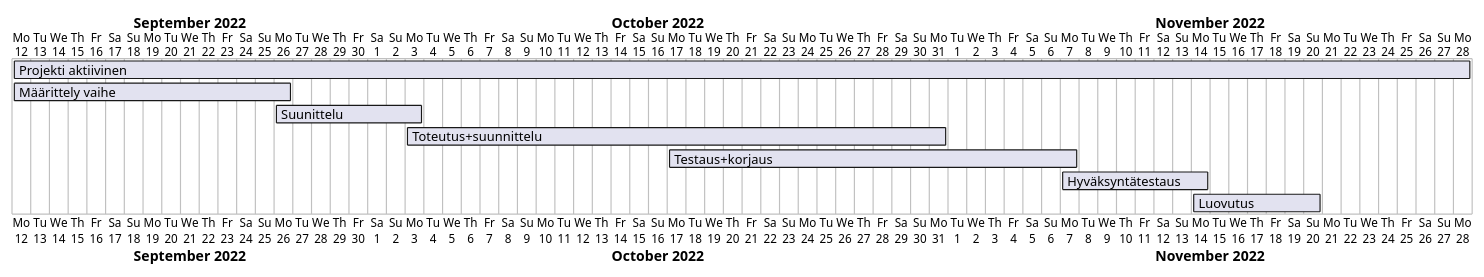
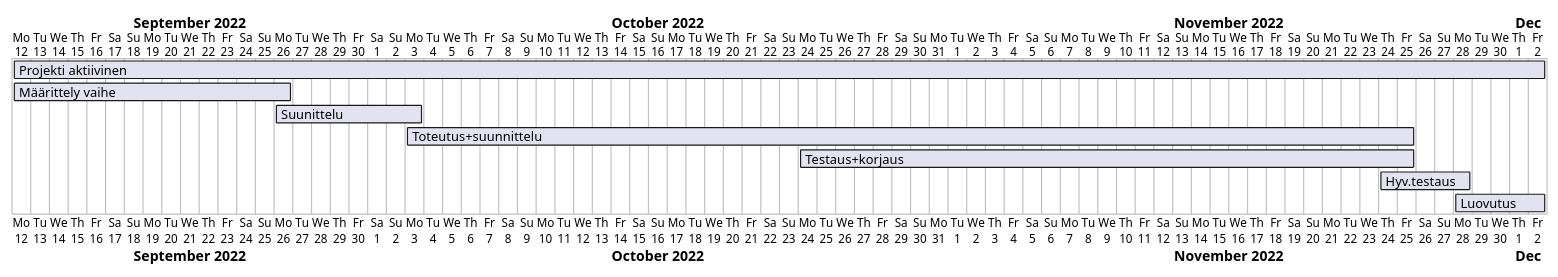
Before and after one commit to M11k4/DynamiittiOrava: the fourth of 4 diagrams in dokumentit/10-Projektihallinta/Projektisuunnitelma.md, drawn with PlantUML. The commit also changed other lines of this file, not shown here.

Commit message:
Update Projektisuunnitelma.md muokkausta ganttiin

````diff
--- a/dokumentit/10-Projektihallinta/Projektisuunnitelma.md
+++ b/dokumentit/10-Projektihallinta/Projektisuunnitelma.md
@@ -198,12 +198,12 @@
 ```plantuml
 @startgantt
 Project starts 2022-9-12
-[Projekti aktiivinen] Starts 2022-9-12 and ends 2022-11-28
+[Projekti aktiivinen] Starts 2022-9-12 and ends 2022-12-2
 [Määrittely vaihe] Starts 2022-9-12 and ends 2022-9-26
 [Suunittelu] Starts 2022-9-26 and ends 2022-10-3
-[Toteutus+suunnittelu] Starts 2022-10-3 and ends 2022-10-31
-[Testaus+korjaus] Starts 2022-10-17 and ends 2022-11-7
-[Hyväksyntätestaus] Starts 2022-11-7 and ends 2022-11-14
-[Luovutus] Starts 2022-11-14 and ends 2022-11-20
+[Toteutus+suunnittelu] Starts 2022-10-3 and ends 2022-11-25
+[Testaus+korjaus] Starts 2022-10-24 and ends 2022-11-25
+[Hyv.testaus] Starts 2022-11-24 and ends 2022-11-28
+[Luovutus] Starts 2022-11-28 and ends 2022-12-2
 @endgantt
 ```
````
